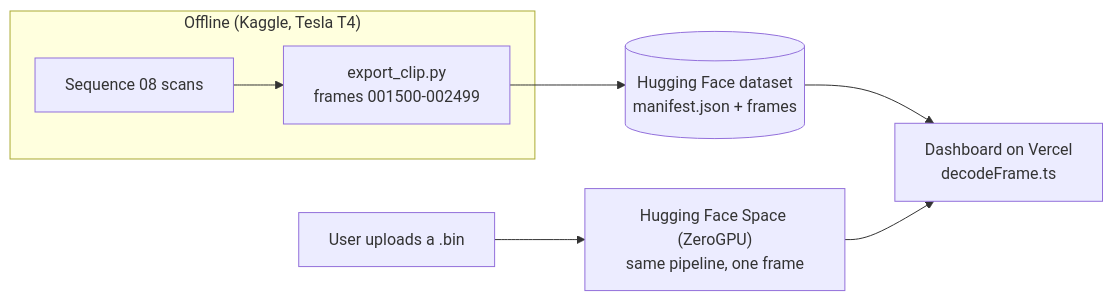
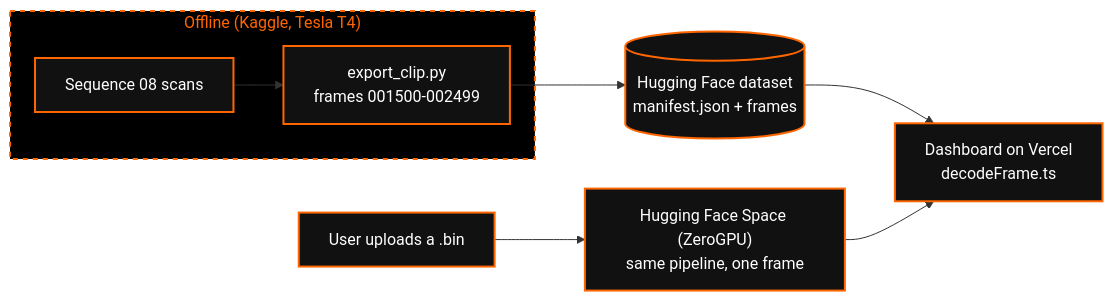
The second of 2 diagrams in README.md (point-matrix/AS2.5LM), drawn with Mermaid before and after one commit. The commit also changed other lines of this file, not shown here.

````diff
--- a/README.md
+++ b/README.md
@@ -54,10 +60,13 @@
 ```mermaid
 flowchart LR
+    classDef default fill:#111111,stroke:#FF6600,stroke-width:2px,color:#FFFFFF;
+    style OFF fill:#000000,stroke:#FF6600,stroke-width:2px,color:#FF6600,stroke-dasharray: 5 5;
+
     subgraph OFF["Offline (Kaggle, Tesla T4)"]
         S1["Sequence 08 scans"] --> P1["export_clip.py<br/>frames 001500-002499"]
     end
     P1 --> DS[("Hugging Face dataset<br/>manifest.json + frames")]
     U["User uploads a .bin"] --> SP["Hugging Face Space (ZeroGPU)<br/>same pipeline, one frame"]
     DS --> W["Dashboard on Vercel<br/>decodeFrame.ts"]
     SP --> W
 ```
````
